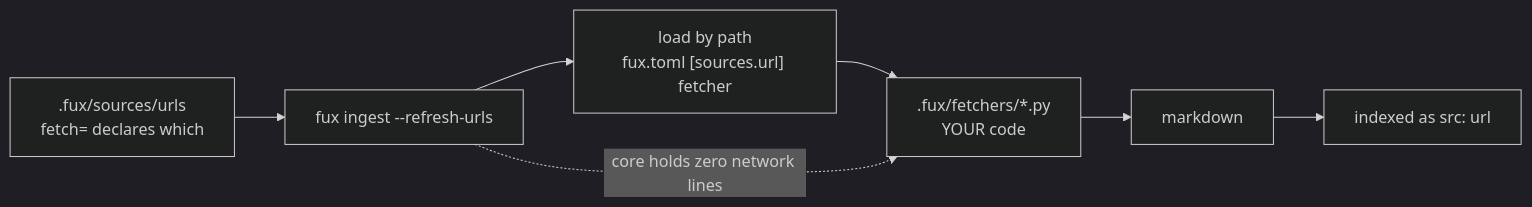
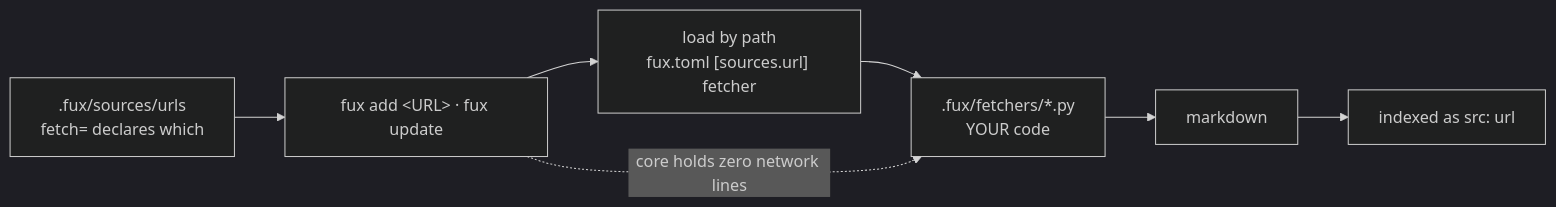
The diagram in docs/adr/0019_fetcher.md (arpitarya/fux), drawn with Mermaid (dark theme) before and after one commit. The commit also changed other lines of this file and 153 other files, not shown here.

````diff
--- a/docs/adr/0019_fetcher.md
+++ b/docs/adr/0019_fetcher.md
@@ -53,9 +54,9 @@
 ```mermaid
 flowchart LR
-    L[".fux/sources/urls<br/>fetch= declares which"] --> R["fux ingest --refresh-urls"]
+    L[".fux/sources/urls<br/>fetch= declares which"] --> R["fux add &lt;URL&gt; · fux update"]
     R --> P["load by path<br/>fux.toml [sources.url] fetcher"]
     P --> F[".fux/fetchers/*.py<br/>YOUR code"]
     F --> M["markdown"]
     M --> I["indexed as src: url"]
     R -.->|core holds zero network lines| F
 ```
````
